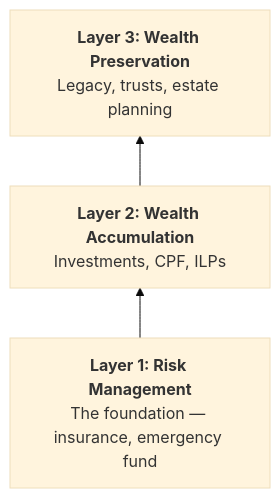
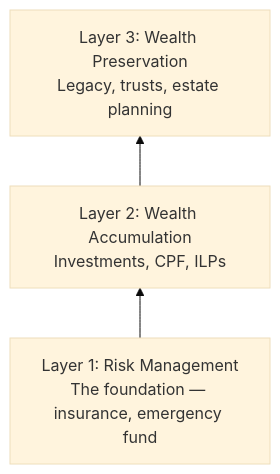
One commit to leotansingapore/aia-product-compass-hub changed the second of 2 diagrams in docs/first-60-days/week-1/day-02.md. Above: the diagram before and after it, drawn with Mermaid (base theme). The commit also changed 1 other file, not shown here.

Commit message:
Habit loop and three-layer foundation diagrams now render cleanly — removed HTML italic/bold tags that Mermaid strict mode rejected

````diff
--- a/docs/first-60-days/week-1/day-02.md
+++ b/docs/first-60-days/week-1/day-02.md
@@ -121,7 +121,7 @@
 ```mermaid
 flowchart BT
-    L1["<b>Layer 1: Risk Management</b><br/>The foundation — insurance, emergency fund"]
-    L2["<b>Layer 2: Wealth Accumulation</b><br/>Investments, CPF, ILPs"]
-    L3["<b>Layer 3: Wealth Preservation</b><br/>Legacy, trusts, estate planning"]
+    L1["Layer 1: Risk Management<br/>The foundation — insurance, emergency fund"]
+    L2["Layer 2: Wealth Accumulation<br/>Investments, CPF, ILPs"]
+    L3["Layer 3: Wealth Preservation<br/>Legacy, trusts, estate planning"]
     L1 --> L2 --> L3
 ```
````
